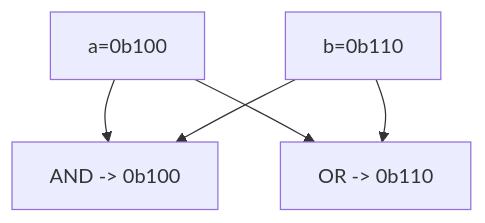
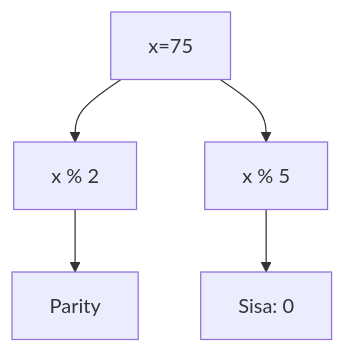
One commit to amnahwaida/OSNK_INF_PREP changed the third of 25 diagrams in part-c-pemahaman-cpp/06-bitwise/latihan/set-05.md. Above: the diagram before and after it, drawn with Mermaid. The commit also changed other lines of this file and 71 other files, not shown here.

````diff
--- a/part-c-pemahaman-cpp/06-bitwise/latihan/set-05.md
+++ b/part-c-pemahaman-cpp/06-bitwise/latihan/set-05.md
@@ -85,7 +85,7 @@
 ```mermaid
 graph TD
-    A["a=0b100"] --> C["AND -> 0b100"]
-    B["b=0b110"] --> C
-    A --> D["OR  -> 0b110"]
-    B --> D
+A[x=75] --> B[x % 2]
+B --> C[Parity]
+A --> D[x % 5]
+D --> E[Sisa: 0]
 ```
````
